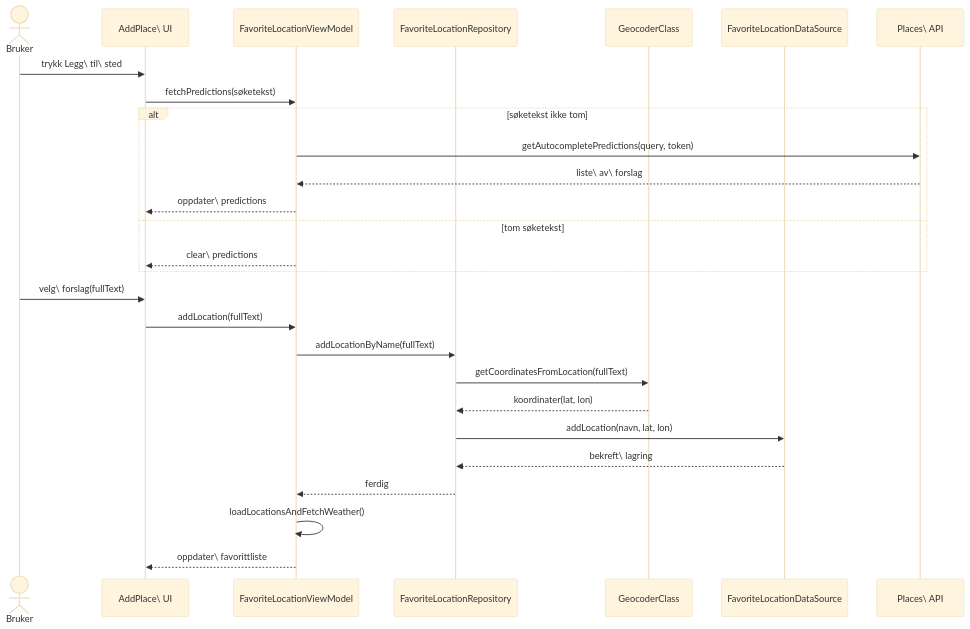
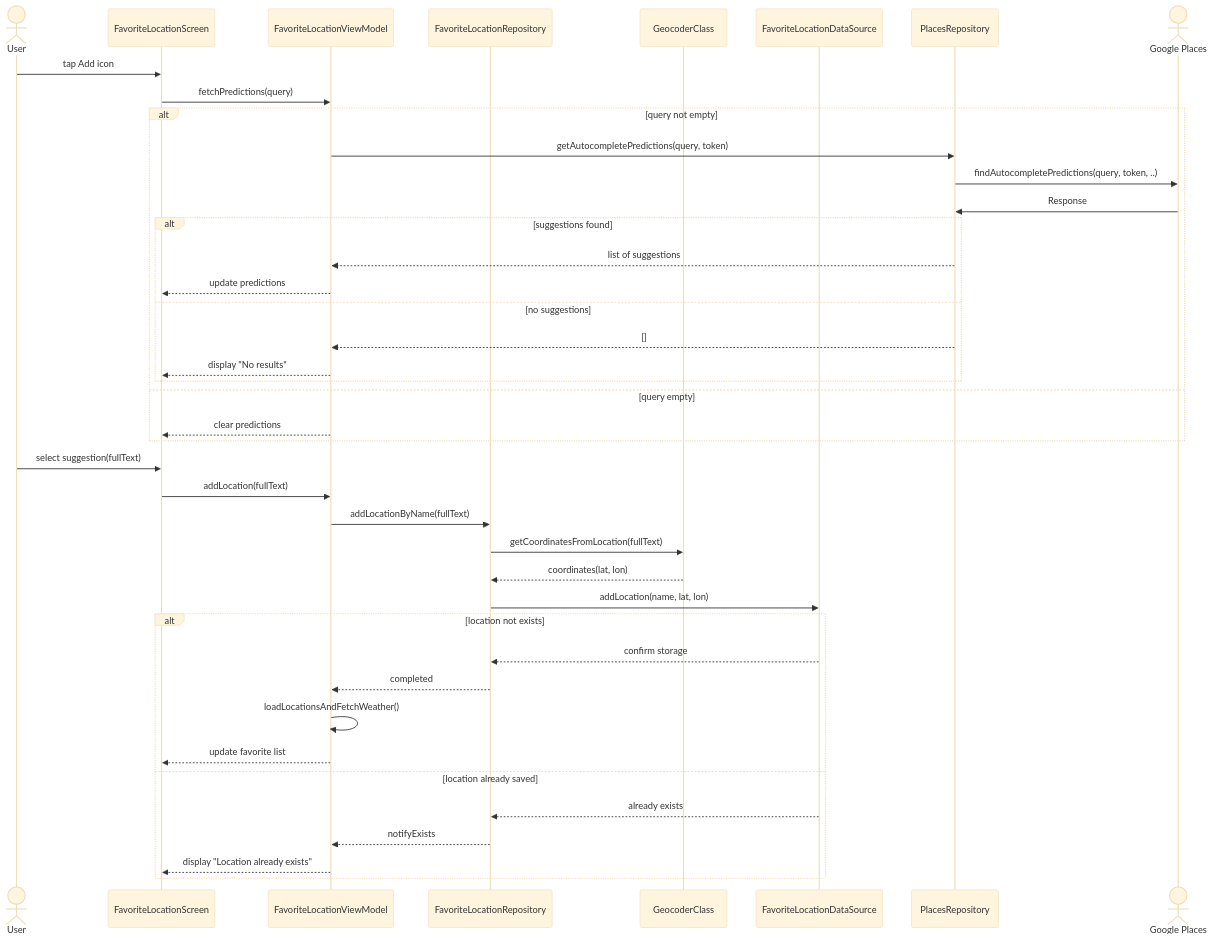
The diagram in diagrams/add_favorite_location/sequencediagram.md (GithubTechsupport/VaerAktiv), drawn with Mermaid (base theme) before and after one commit. The commit also changed 33 other files, not shown here.

````diff
--- a/diagrams/add_favorite_location/sequencediagram.md
+++ b/diagrams/add_favorite_location/sequencediagram.md
@@ -1,33 +1,44 @@
 ```mermaid
 sequenceDiagram
-    actor Bruker
-    participant UI as AddPlace\ UI
-    participant ViewModel as FavoriteLocationViewModel
-    participant Repo as FavoriteLocationRepository
-    participant Geocoder as GeocoderClass
-    participant DataSource as FavoriteLocationDataSource
-    participant PlacesAPI as Places\ API
+  actor User as User
+  participant UI as FavoriteLocationScreen
+  participant VM as FavoriteLocationViewModel
+  participant Repo as FavoriteLocationRepository
+  participant Geocoder as GeocoderClass
+  participant DS as FavoriteLocationDataSource
+  participant API as PlacesRepository
+  actor Google as Google Places
 
-    Bruker->>UI: trykk Legg\ til\ sted
-    UI->>ViewModel: fetchPredictions(søketekst)
-    alt søketekst ikke tom
-        ViewModel->>PlacesAPI: getAutocompletePredictions(query, token)
-        PlacesAPI-->>ViewModel: liste\ av\ forslag
-        ViewModel-->>UI: oppdater\ predictions
-    else tom søketekst
-        ViewModel-->>UI: clear\ predictions
+  User ->> UI: tap Add icon
+  UI ->> VM: fetchPredictions(query)
+  alt query not empty
+    VM ->> API: getAutocompletePredictions(query, token)
+    API ->> Google: findAutocompletePredictions(query, token, ..)
+    Google ->> API: Response
+    alt suggestions found
+      API -->> VM: list of suggestions
+      VM -->> UI: update predictions
+    else no suggestions
+      API -->> VM: []
+      VM -->> UI: display "No results"
     end
-
-    Bruker->>UI: velg\ forslag(fullText)
-    UI->>ViewModel: addLocation(fullText)
-
-    ViewModel->>Repo: addLocationByName(fullText)
-    Repo->>Geocoder: getCoordinatesFromLocation(fullText)
-    Geocoder-->>Repo: koordinater(lat, lon)
-    Repo->>DataSource: addLocation(navn, lat, lon)
-    DataSource-->>Repo: bekreft\ lagring
-    Repo-->>ViewModel: ferdig
-
-    ViewModel->>ViewModel: loadLocationsAndFetchWeather()
-    ViewModel-->>UI: oppdater\ favorittliste
+  else query empty
+    VM -->> UI: clear predictions
+  end
+  User ->> UI: select suggestion(fullText)
+  UI ->> VM: addLocation(fullText)
+  VM ->> Repo: addLocationByName(fullText)
+  Repo ->> Geocoder: getCoordinatesFromLocation(fullText)
+  Geocoder -->> Repo: coordinates(lat, lon)
+  Repo ->> DS: addLocation(name, lat, lon)
+  alt location not exists
+    DS -->> Repo: confirm storage
+    Repo -->> VM: completed
+    VM ->> VM: loadLocationsAndFetchWeather()
+    VM -->> UI: update favorite list
+  else location already saved
+    DS -->> Repo: already exists
+    Repo -->> VM: notifyExists
+    VM -->> UI: display "Location already exists"
+  end
 ```
````
